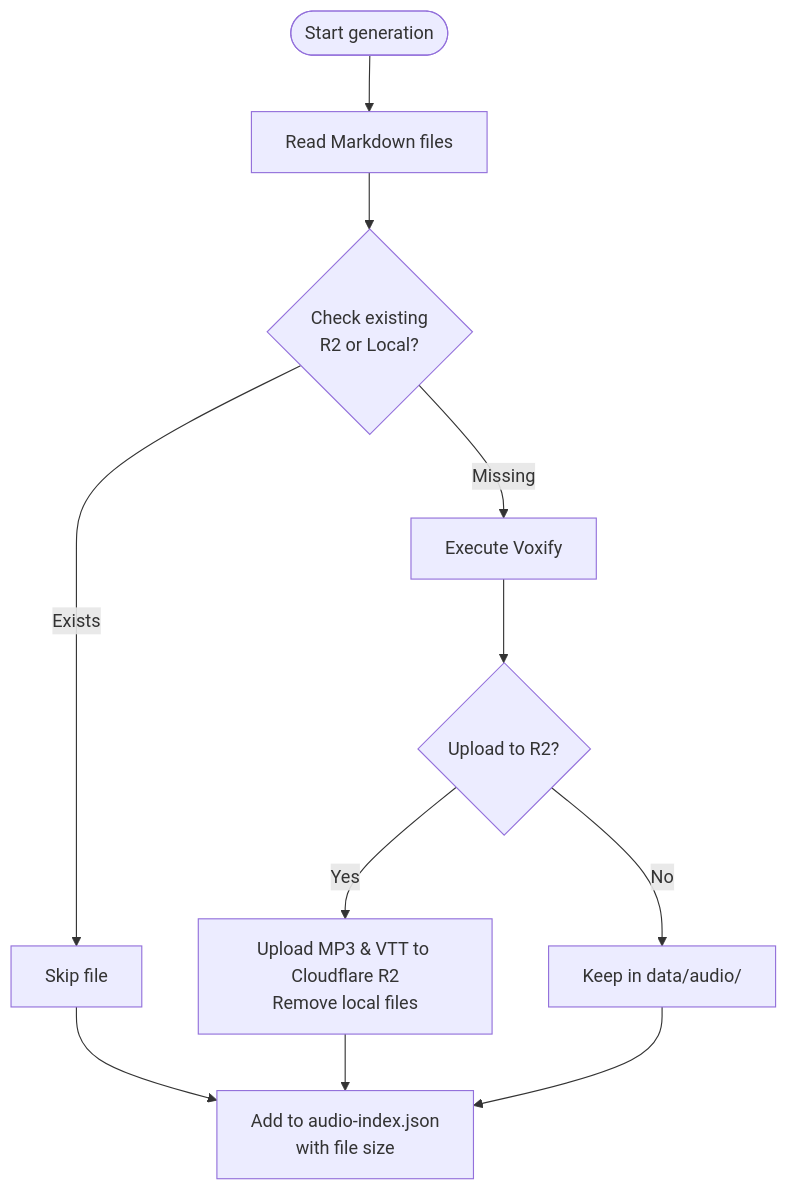
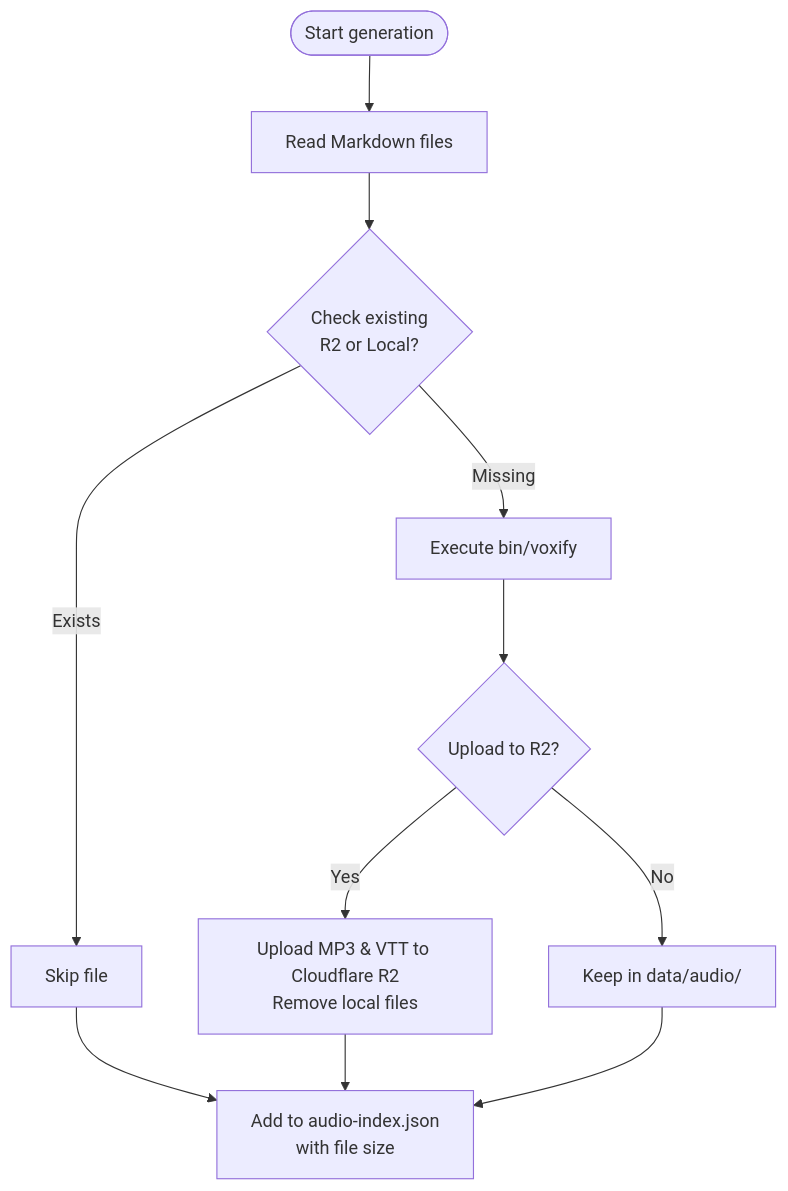
Before and after one commit to rgaidot/hnpaper-news: the third of 4 diagrams in README.md, drawn with Mermaid. The commit also changed other lines of this file and 27 other files, not shown here.

````diff
--- a/README.md
+++ b/README.md
@@ -90,13 +90,13 @@
 ```mermaid
 flowchart TD
   Start([Start generation]) --> ReadMD[Read Markdown files]
   ReadMD --> CheckExisting{Check existing<br/>R2 or Local?}
-  CheckExisting -->|Missing| ExecVoxify[Execute Voxify]
+  CheckExisting -->|Missing| ExecVoxify[Execute bin/voxify]
   CheckExisting -->|Exists| Skip[Skip file]
   Skip --> Index
   ExecVoxify --> Storage{Upload to R2?}
   Storage -- Yes --> R2[Upload MP3 & VTT to Cloudflare R2<br/>Remove local files]
   Storage -- No --> Local[Keep in data/audio/]
   R2 --> Index[Add to audio-index.json<br/>with file size]
   Local --> Index
 ```
````
